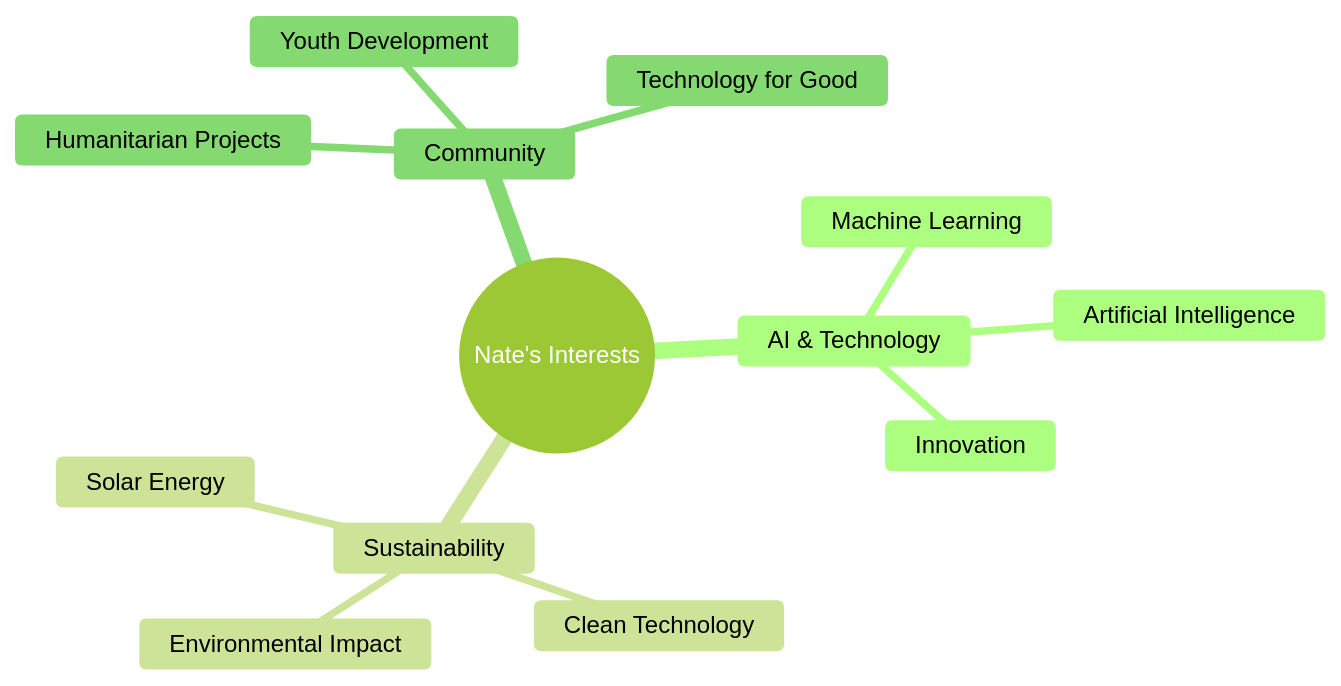
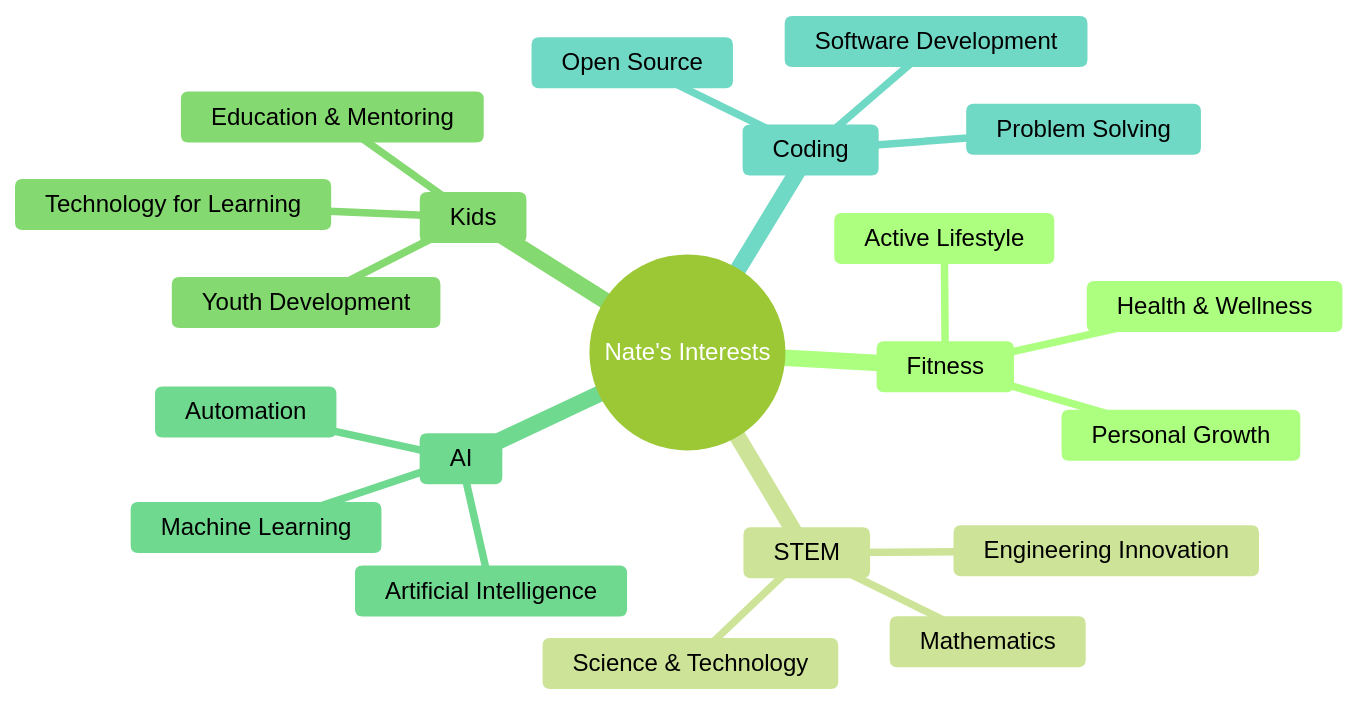
Before and after one commit to natejswenson/natejswenson: the diagram in README.md, drawn with Mermaid (forest theme). The commit also changed other lines of this file and 1 other file, not shown here.

First paragraph of the commit message:
refactor: update interests and remove education section using TDD
TDD Implementation:
🔴 Red Phase: Added 6 failing tests for new interests and education removal
🟢 Green Phase: Updated interests section and removed education
🔵 Refactor Phase: Validated all changes with comprehensive testing

````diff
--- a/README.md
+++ b/README.md
@@ -107,16 +102,24 @@
 ```mermaid
 mindmap
   root((Nate's Interests))
-    AI & Technology
+    Fitness
+      Health & Wellness
+      Active Lifestyle
+      Personal Growth
+    STEM
+      Science & Technology
+      Engineering Innovation
+      Mathematics
+    Kids
+      Youth Development
+      Education & Mentoring
+      Technology for Learning
+    AI
       Machine Learning
       Artificial Intelligence
-      Innovation
-    Sustainability
-      Solar Energy
-      Clean Technology
-      Environmental Impact
-    Community
-      Humanitarian Projects
-      Youth Development
-      Technology for Good
+      Automation
+    Coding
+      Software Development
+      Open Source
+      Problem Solving
 ```
````
